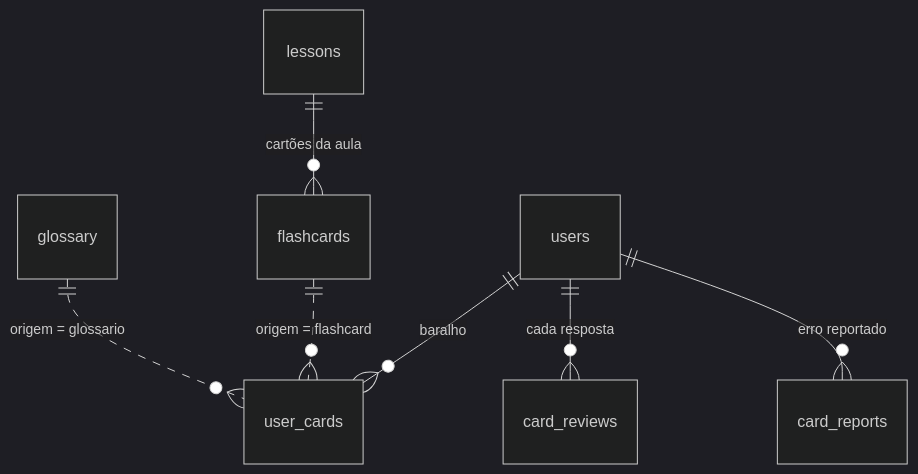
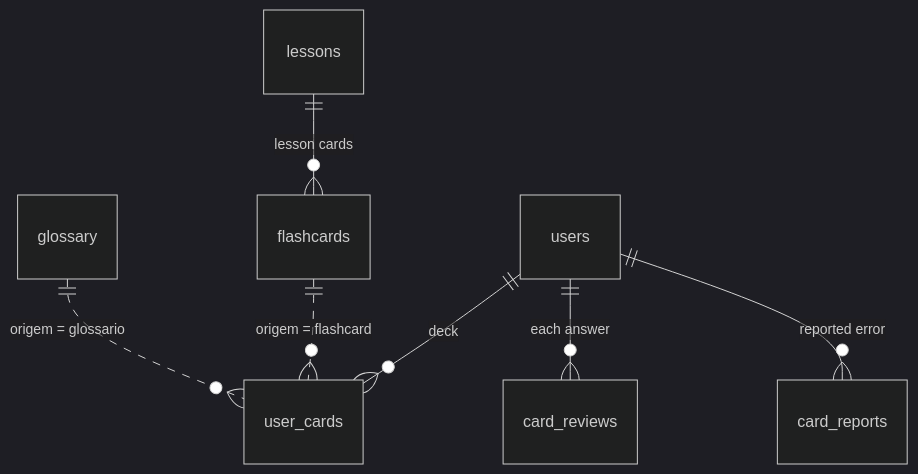
One commit to jpavrdev/plataforma-estudos changed the fourth of 4 diagrams in README.md. Above: the diagram before and after it, drawn with Mermaid (dark theme). The commit also changed other lines of this file and 1 other file, not shown here.

````diff
--- a/README.md
+++ b/README.md
@@ -225,10 +239,10 @@
 ```mermaid
 erDiagram
-    lessons ||--o{ flashcards   : "cartões da aula"
-    users   ||--o{ user_cards   : "baralho"
-    users   ||--o{ card_reviews : "cada resposta"
-    users   ||--o{ card_reports : "erro reportado"
+    lessons ||--o{ flashcards   : "lesson cards"
+    users   ||--o{ user_cards   : "deck"
+    users   ||--o{ card_reviews : "each answer"
+    users   ||--o{ card_reports : "reported error"
 
     flashcards ||..o{ user_cards : "origem = flashcard"
     glossary   ||..o{ user_cards : "origem = glossario"
 ```
````
